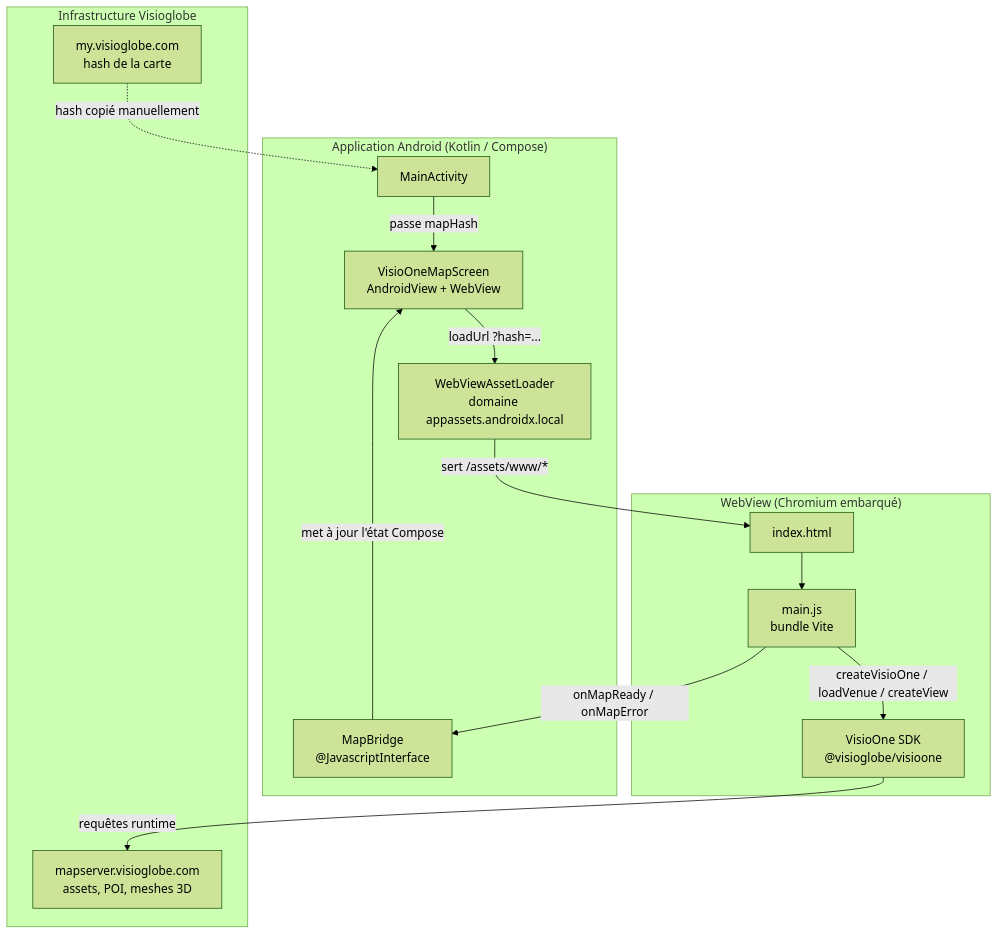
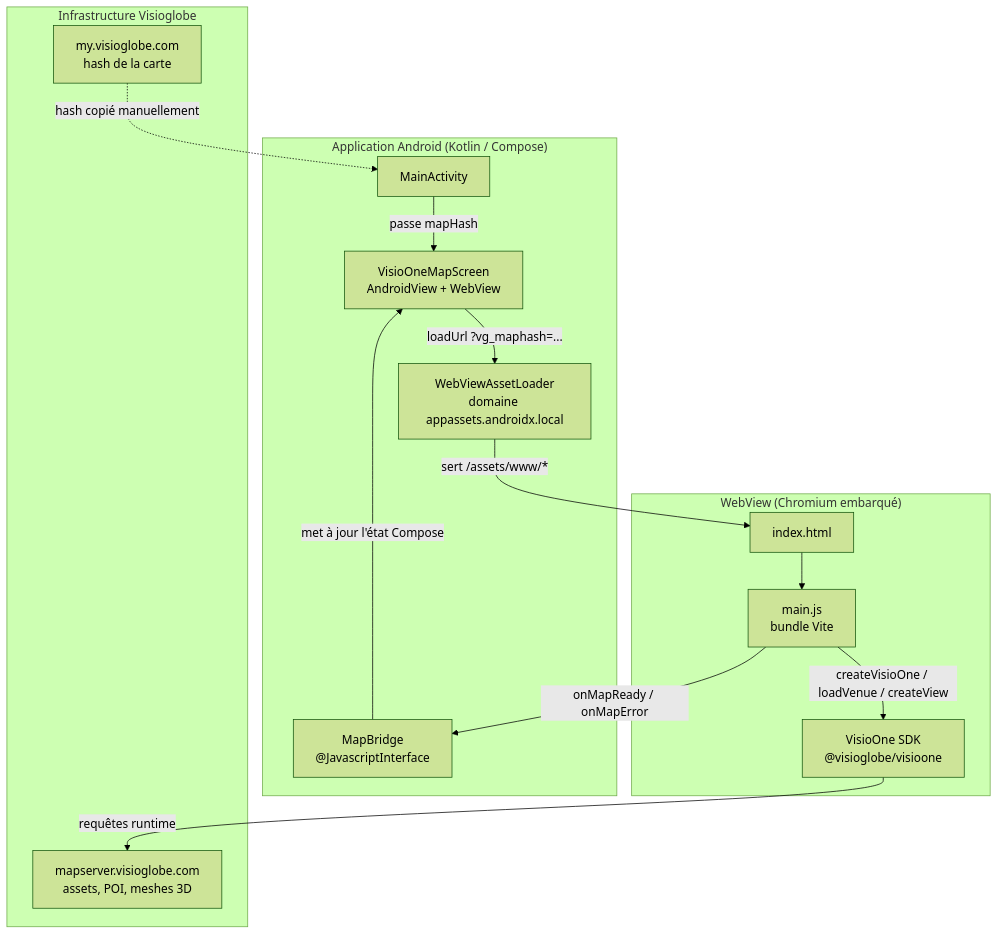
One commit to visioglobe-sas/VisioOneMeetAndroid changed the first of 3 diagrams in GUIDE_RECONSTRUCTION.md. Above: the diagram before and after it, drawn with Mermaid (forest theme). The commit also changed other lines of this file and 13 other files, not shown here.

````diff
--- a/GUIDE_RECONSTRUCTION.md
+++ b/GUIDE_RECONSTRUCTION.md
@@ -37,28 +37,28 @@
 ```mermaid
 graph TB
   subgraph Android["Application Android (Kotlin / Compose)"]
     MA["MainActivity"]
     VMS["VisioOneMapScreen<br/>AndroidView + WebView"]
     ASL["WebViewAssetLoader<br/>domaine appassets.androidx.local"]
     Bridge["MapBridge<br/>@JavascriptInterface"]
   end
   subgraph WV["WebView (Chromium embarqué)"]
     HTML["index.html"]
     JS["main.js<br/>bundle Vite"]
     SDK["VisioOne SDK<br/>@visioglobe/visioone"]
   end
   subgraph Distant["Infrastructure Visioglobe"]
     Portal["my.visioglobe.com<br/>hash de la carte"]
     Mapserver["mapserver.visioglobe.com<br/>assets, POI, meshes 3D"]
   end
 
   MA -->|passe mapHash| VMS
-  VMS -->|loadUrl ?hash=...| ASL
+  VMS -->|loadUrl ?vg_maphash=...| ASL
   ASL -->|sert /assets/www/*| HTML
   HTML --> JS
   JS -->|createVisioOne / loadVenue / createView| SDK
   SDK -->|requêtes runtime| Mapserver
   Portal -.->|hash copié manuellement| MA
   JS -->|onMapReady / onMapError| Bridge
   Bridge -->|met à jour l'état Compose| VMS
 ```
````
